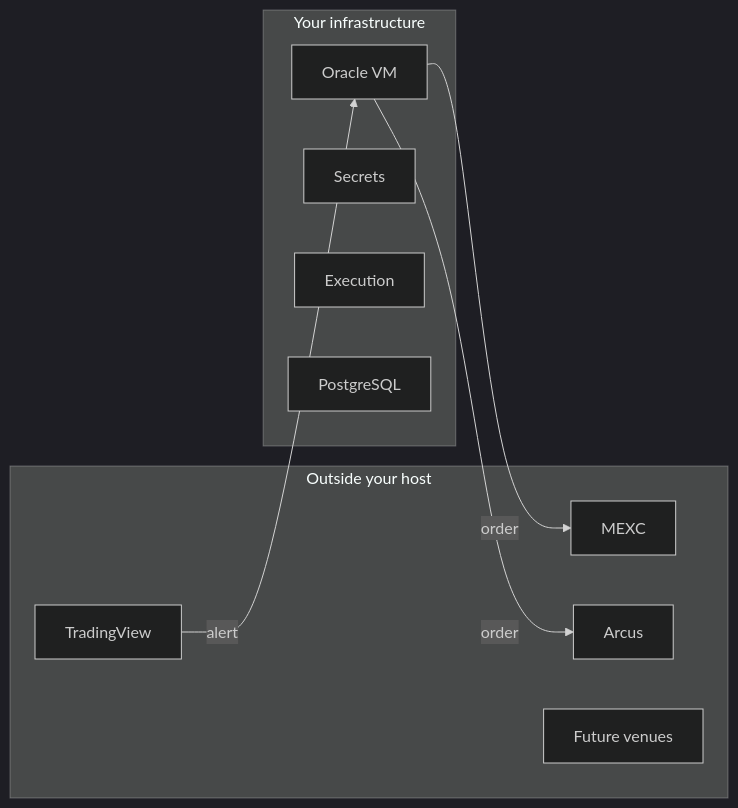
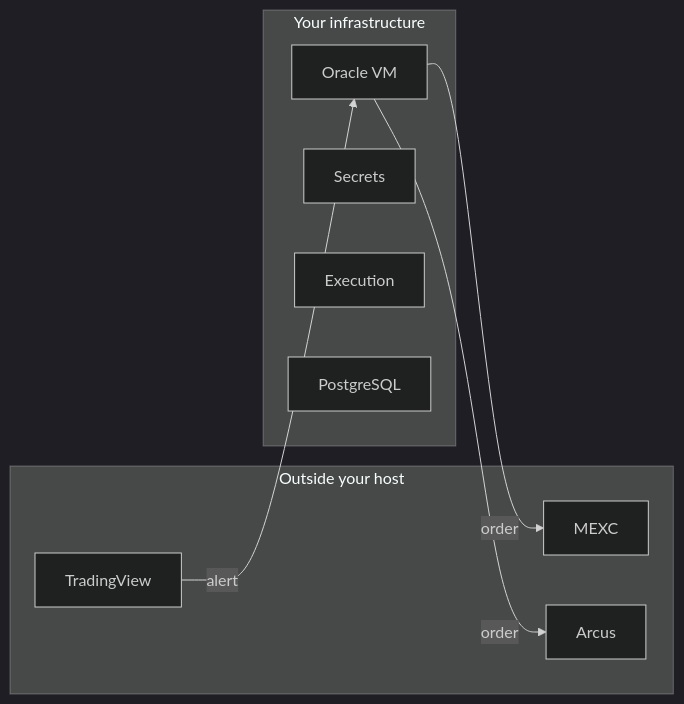
Before and after one commit to SignalNexus/signal-nexus: the fourth of 5 diagrams in docs/architecture/ARCHITECTURE.md, drawn with Mermaid (dark theme). The commit also changed other lines of this file and 5 other files, not shown here.

````diff
--- a/docs/architecture/ARCHITECTURE.md
+++ b/docs/architecture/ARCHITECTURE.md
@@ -75,18 +74,17 @@
 ```mermaid
 graph LR
   subgraph Public["Outside your host"]
     TradingView
     MEXC
     Arcus
-    FutureVenues["Future venues"]
   end
   subgraph Private["Your infrastructure"]
     OracleVM["Oracle VM"]
     Secrets
     Engine["Execution"]
     Database["PostgreSQL"]
   end
   TradingView -->|alert| OracleVM
   OracleVM -->|order| MEXC
   OracleVM -->|order| Arcus
 ```
````
